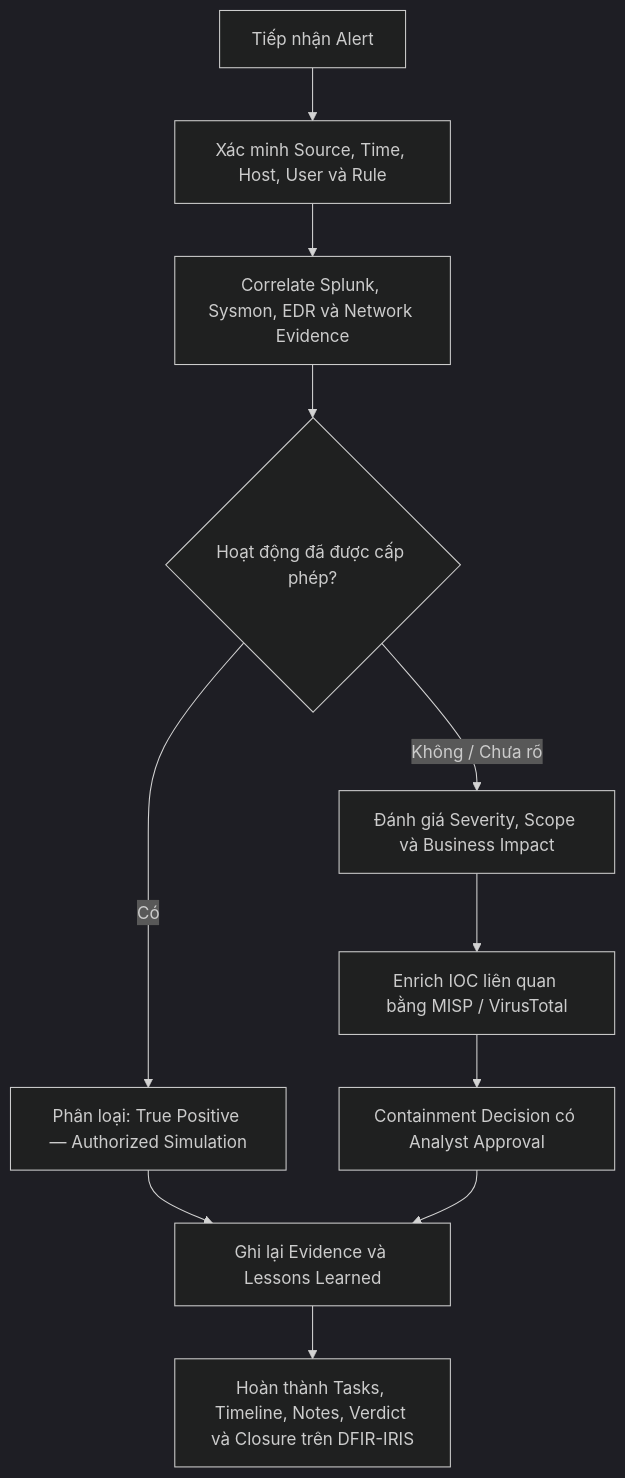
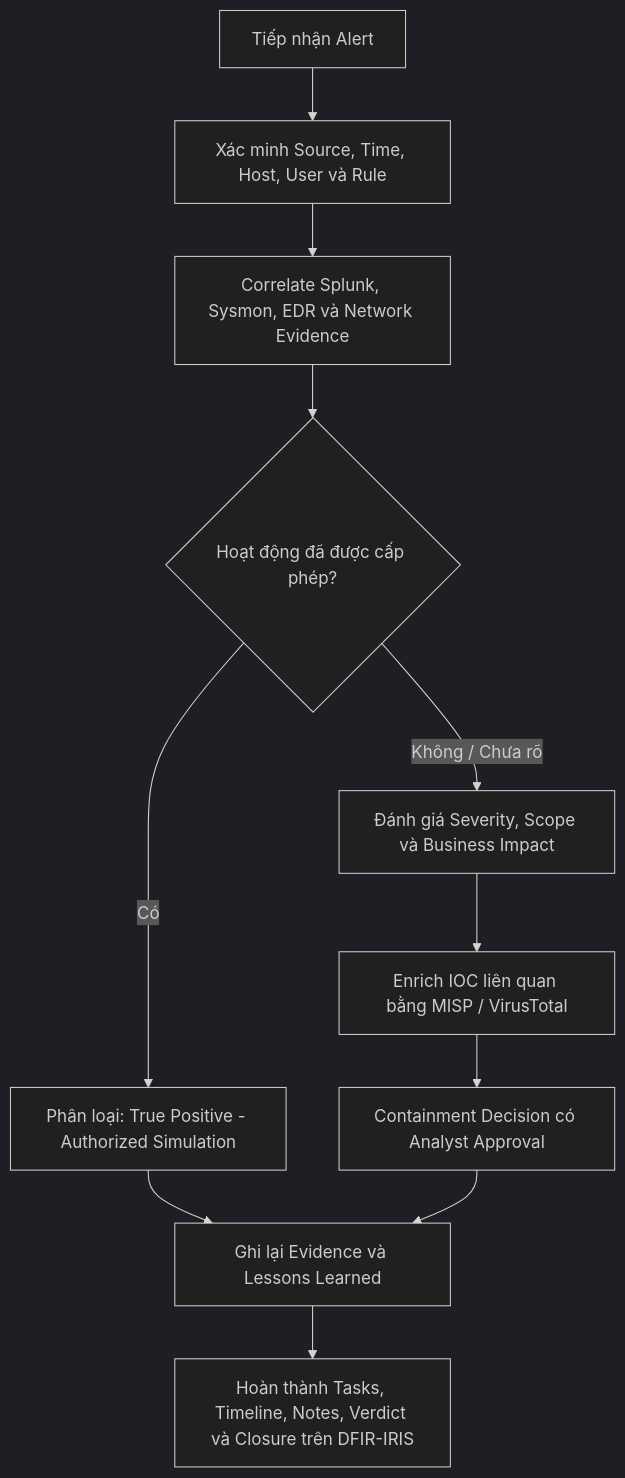
One commit to longnt05-afk/SOAR_HomeLab changed the second of 2 diagrams in README.md. Above: the diagram before and after it, drawn with Mermaid (dark theme). The commit also changed other lines of this file, not shown here.

````diff
--- a/README.md
+++ b/README.md
@@ -276,13 +250,13 @@
 ```mermaid
 flowchart TD
     A["Tiếp nhận Alert"] --> B["Xác minh Source, Time, Host, User và Rule"]
     B --> C["Correlate Splunk, Sysmon, EDR và Network Evidence"]
     C --> D{"Hoạt động đã được cấp phép?"}
-    D -- "Có" --> E["Phân loại: True Positive — Authorized Simulation"]
+    D -- "Có" --> E["Phân loại: True Positive - Authorized Simulation"]
     D -- "Không / Chưa rõ" --> F["Đánh giá Severity, Scope và Business Impact"]
     E --> G["Ghi lại Evidence và Lessons Learned"]
     F --> H["Enrich IOC liên quan bằng MISP / VirusTotal"]
     H --> I["Containment Decision có Analyst Approval"]
     I --> G
     G --> J["Hoàn thành Tasks, Timeline, Notes, Verdict và Closure trên DFIR-IRIS"]
 ```
````
